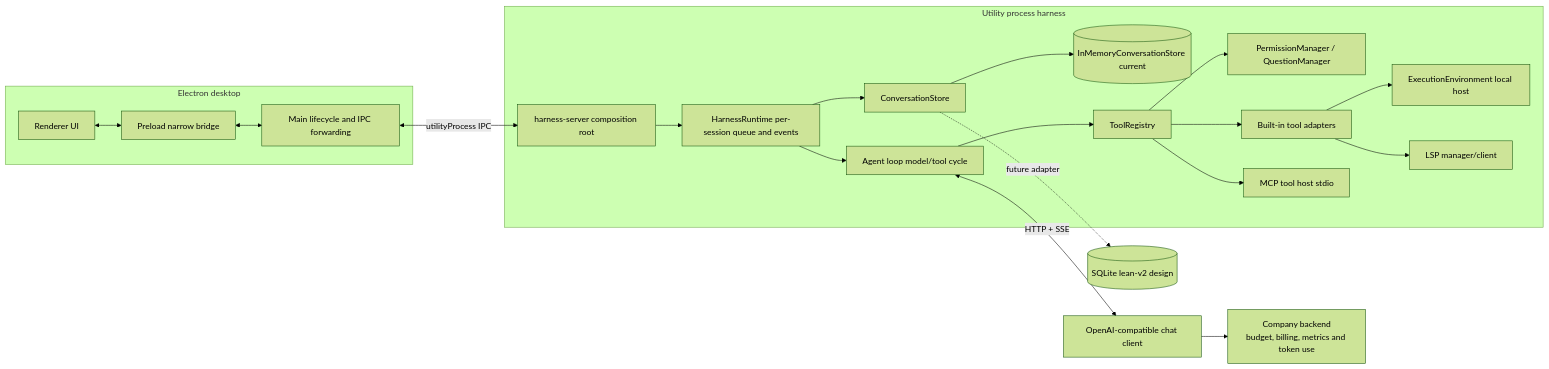
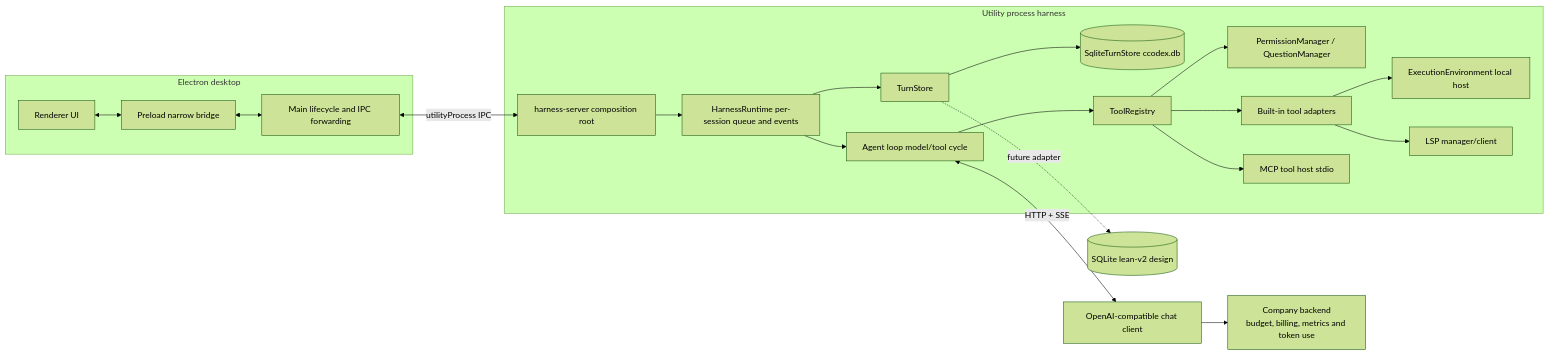
One commit to TienMinh25/desktop-app changed the first of 3 diagrams in docs/architecture-overview.md. Above: the diagram before and after it, drawn with Mermaid (forest theme). The commit also changed 13 other files, not shown here.

Commit message:
fix: second REVIEW_RULES pass (harness exit toast, refusal text, sessionId in history DTO, chat pane test, docs to TurnStore)

````diff
--- a/docs/architecture-overview.md
+++ b/docs/architecture-overview.md
@@ -7,33 +7,33 @@
 ```mermaid
 flowchart LR
   subgraph Electron[Electron desktop]
     UI[Renderer UI]
     P[Preload narrow bridge]
     M[Main lifecycle and IPC forwarding]
     UI <--> P <--> M
   end
   M <-->|utilityProcess IPC| H
   subgraph Harness[Utility process harness]
     H[harness-server composition root]
     R[HarnessRuntime per-session queue and events]
-    S[ConversationStore]
-    IM[(InMemoryConversationStore current)]
+    S[TurnStore]
+    IM[(SqliteTurnStore ccodex.db)]
     A[Agent loop model/tool cycle]
     T[ToolRegistry]
     PM[PermissionManager / QuestionManager]
     BA[Built-in tool adapters]
     EX[ExecutionEnvironment local host]
     MCP[MCP tool host stdio]
     LSP[LSP manager/client]
     H --> R
     R --> S --> IM
     R --> A --> T
     T --> PM
     T --> BA --> EX
     T --> MCP
     BA --> LSP
   end
   A <-->|HTTP + SSE| C[OpenAI-compatible chat client]
   C --> B[Company backend\nbudget, billing, metrics and token use]
   S -. future adapter .-> DB[(SQLite lean-v2 design)]
 ```
````
